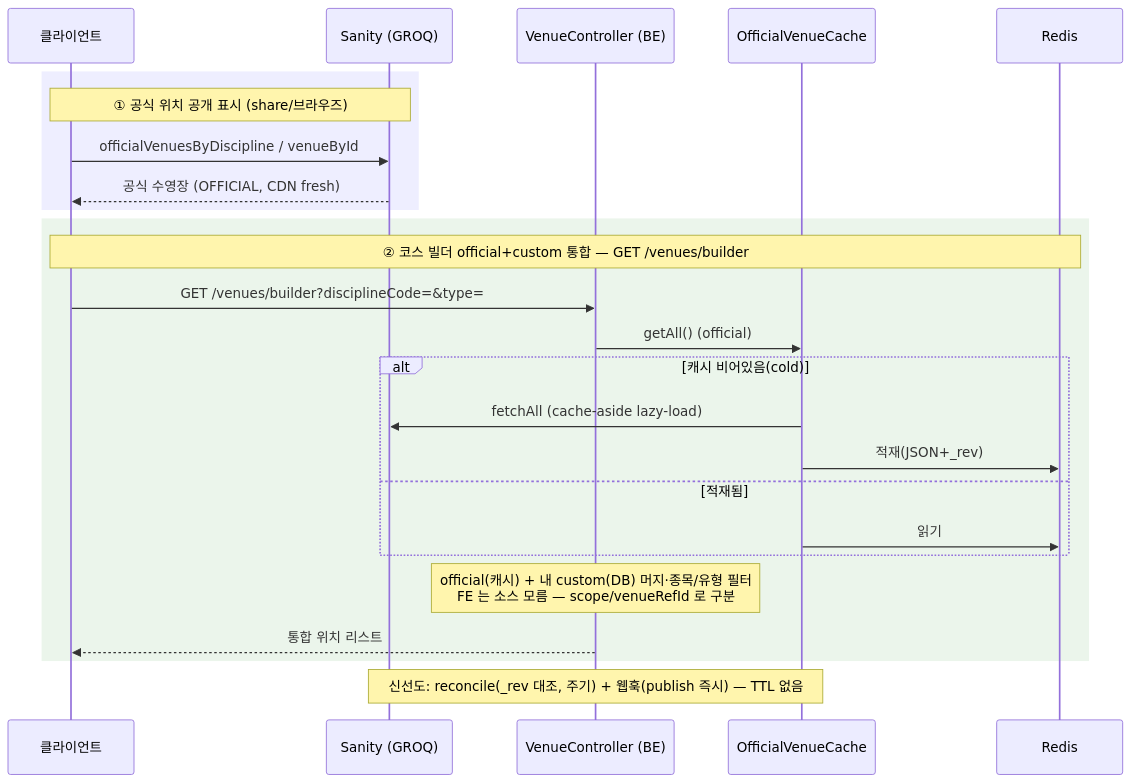
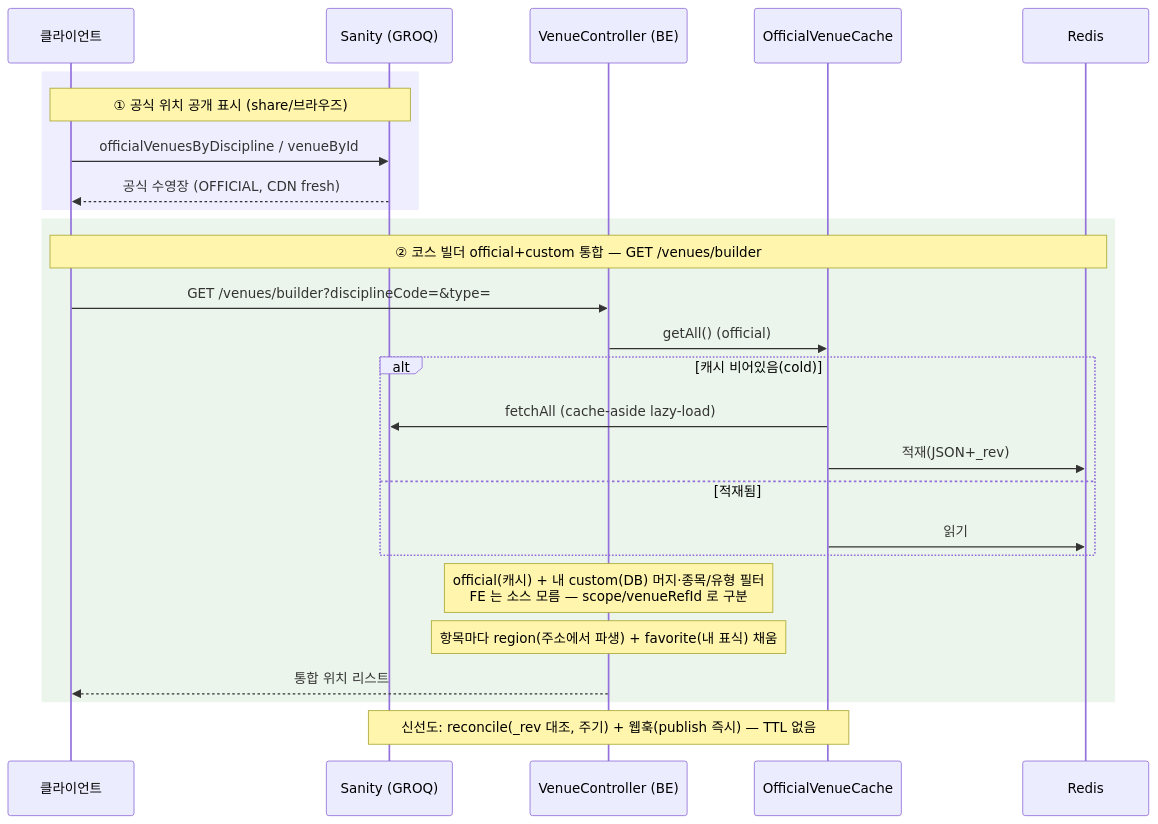
The third of 7 diagrams in docs/architecture/venue.md (pungdong/Pungdong-Backend), drawn with Mermaid before and after one commit. The commit also changed other lines of this file and 12 other files, not shown here.

````diff
--- a/docs/architecture/venue.md
+++ b/docs/architecture/venue.md
@@ -92,28 +104,29 @@
 ```mermaid
 sequenceDiagram
   participant FE as 클라이언트
   participant SAN as Sanity (GROQ)
   participant VC as VenueController (BE)
   participant OVC as OfficialVenueCache
   participant RD as Redis
 
   rect rgb(238,238,255)
     Note over FE,SAN: ① 공식 위치 공개 표시 (share/브라우즈)
     FE->>SAN: officialVenuesByDiscipline / venueById
     SAN-->>FE: 공식 수영장 (OFFICIAL, CDN fresh)
   end
   rect rgb(235,245,235)
     Note over FE,RD: ② 코스 빌더 official+custom 통합 — GET /venues/builder
     FE->>VC: GET /venues/builder?disciplineCode=&type=
     VC->>OVC: getAll() (official)
     alt 캐시 비어있음(cold)
       OVC->>SAN: fetchAll (cache-aside lazy-load)
       OVC->>RD: 적재(JSON+_rev)
     else 적재됨
       OVC->>RD: 읽기
     end
     Note over VC: official(캐시) + 내 custom(DB) 머지·종목/유형 필터<br/>FE 는 소스 모름 — scope/venueRefId 로 구분
+    Note over VC: 항목마다 region(주소에서 파생) + favorite(내 표식) 채움
     VC-->>FE: 통합 위치 리스트
   end
   Note over OVC,SAN: 신선도: reconcile(_rev 대조, 주기) + 웹훅(publish 즉시) — TTL 없음
 ```
````
